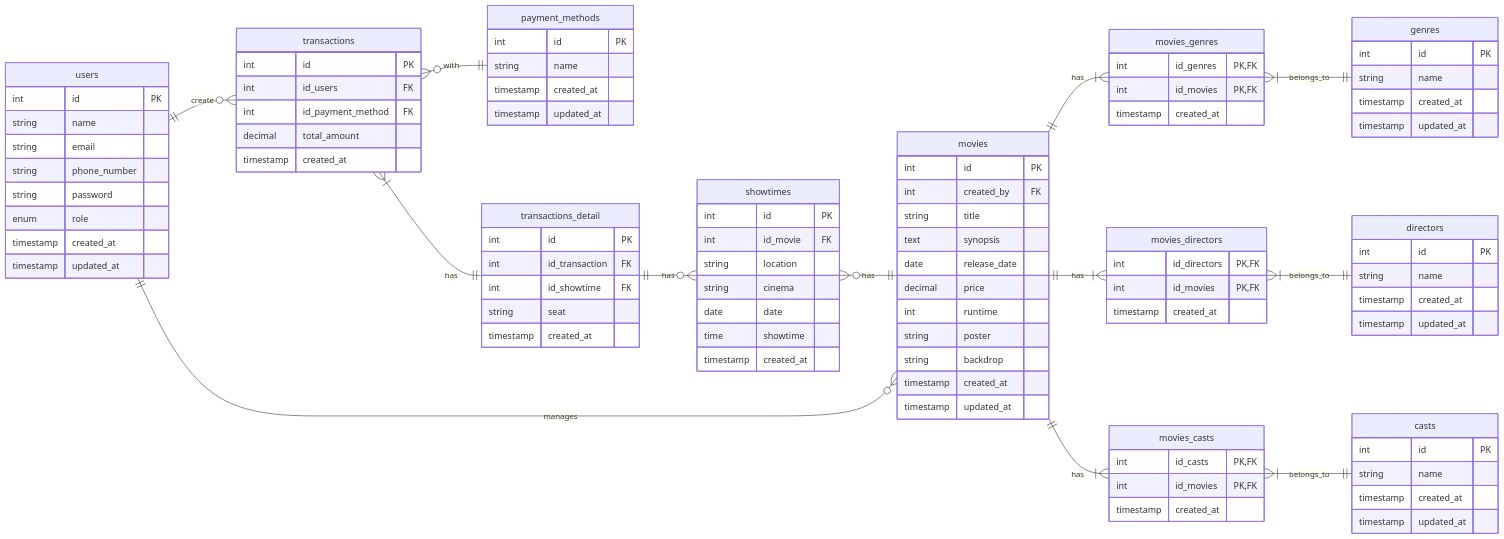
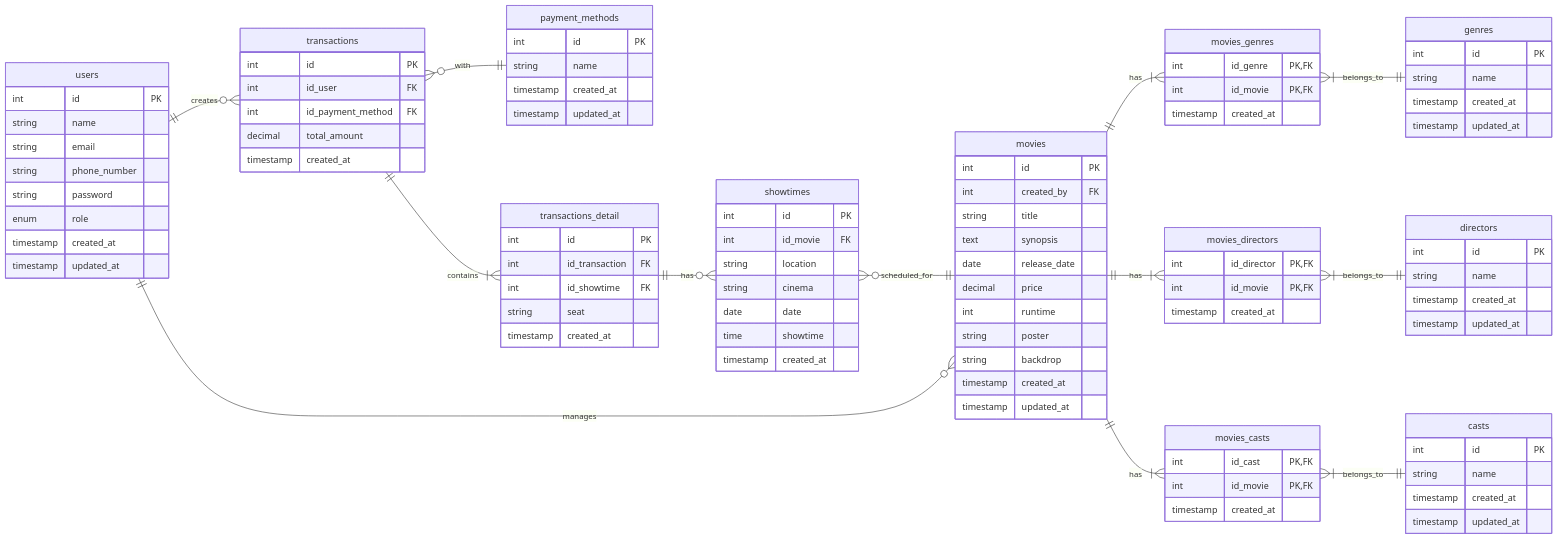
One commit to mdavindarinaldy/fgo24-be-tickitz changed the diagram in README.md. Above: the diagram before and after it, drawn with Mermaid.

Commit message:
docs: update ERD, improve the wording

````diff
--- a/README.md
+++ b/README.md
@@ -33,8 +33,8 @@
         timestamp updated_at
     }
     movies_genres {
-        int id_genres PK,FK
-        int id_movies PK,FK
+        int id_genre PK,FK
+        int id_movie PK,FK
         timestamp created_at
     }
     directors {
@@ -44,8 +44,8 @@
         timestamp updated_at
     }
     movies_directors {
-        int id_directors PK,FK
-        int id_movies PK,FK
+        int id_director PK,FK
+        int id_movie PK,FK
         timestamp created_at
     }
     casts {
@@ -55,8 +55,8 @@
         timestamp updated_at
     }
     movies_casts {
-        int id_casts PK,FK
-        int id_movies PK,FK
+        int id_cast PK,FK
+        int id_movie PK,FK
         timestamp created_at
     }
     payment_methods {
@@ -67,7 +67,7 @@
     }
     transactions {
         int id PK
-        int id_users FK
+        int id_user FK
         int id_payment_method FK
         decimal total_amount
         timestamp created_at
@@ -97,10 +97,10 @@
     movies ||--|{ movies_casts: has
     movies_casts }|--|| casts: belongs_to
 
-    users ||--o{ transactions: create
+    users ||--o{ transactions: creates
     users ||--o{ movies : manages
     transactions }o--|| payment_methods: with
-    transactions }|--|| transactions_detail: has
-    showtimes }o--|| movies : has
+    transactions ||--|{ transactions_detail: contains
+    showtimes }o--|| movies : scheduled_for
     transactions_detail ||--o{ showtimes: has
 ```
````
